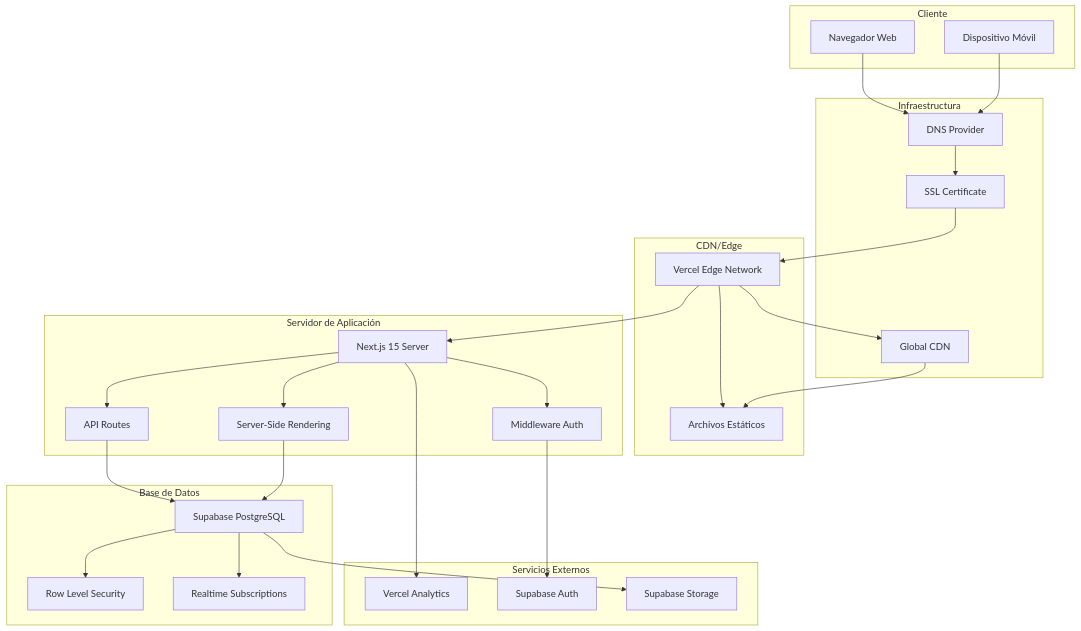
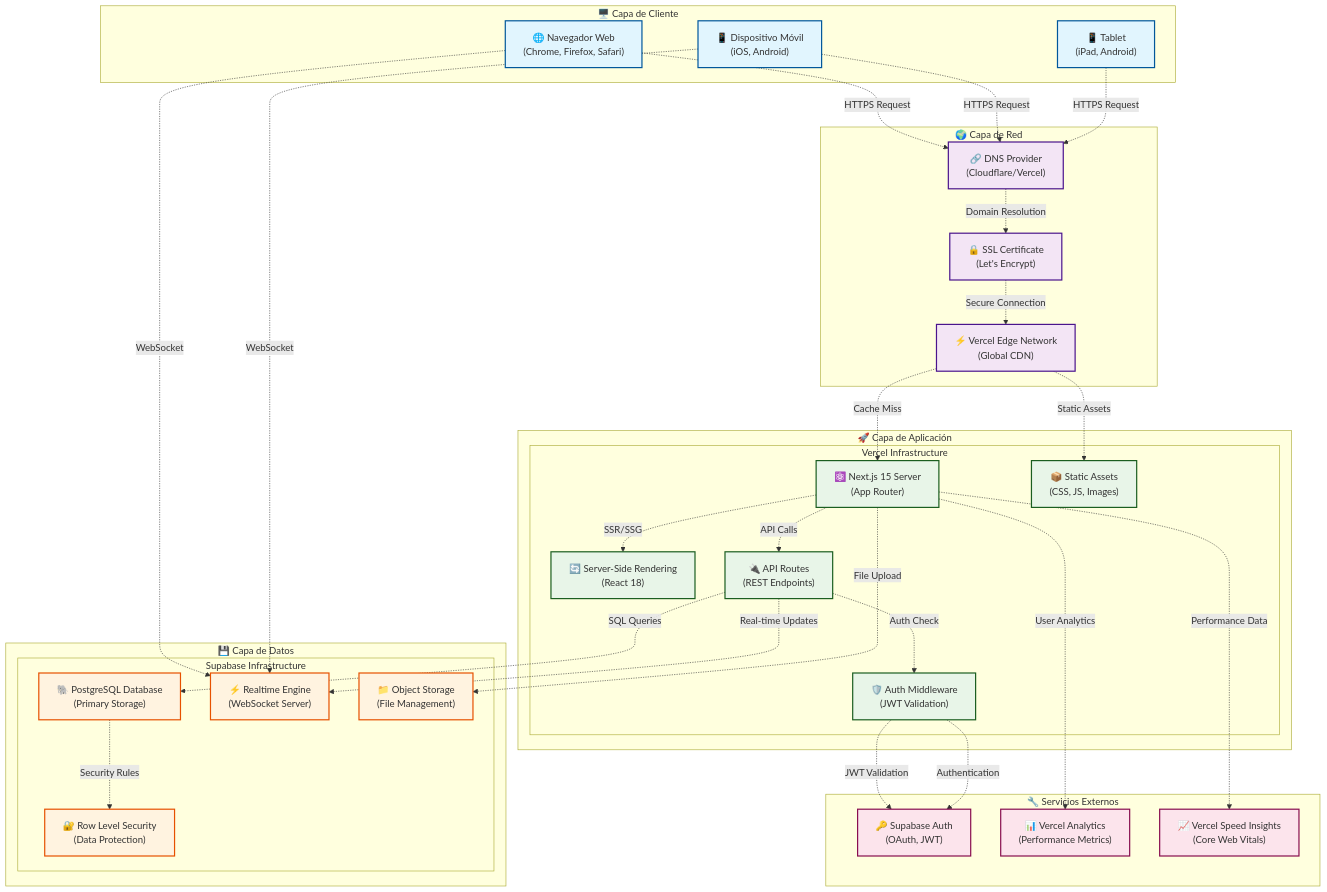
One commit to agustino42/asociacion-karate changed the eighth of 8 diagrams in DIAGRAMAS_UML.md. Above: the diagram before and after it, drawn with Mermaid. The commit also changed other lines of this file, not shown here.

Commit message:
documentacion diagramas uml

````diff
--- a/DIAGRAMAS_UML.md
+++ b/DIAGRAMAS_UML.md
@@ -189,61 +562,89 @@
 ```mermaid
 flowchart TB
-    subgraph Cliente["Cliente"]
-        Browser[Navegador Web]
-        Mobile[Dispositivo Móvil]
+    %% Capa de Cliente
+    subgraph ClientLayer["🖥️ Capa de Cliente"]
+        Browser["🌐 Navegador Web<br/>(Chrome, Firefox, Safari)"]
+        Mobile["📱 Dispositivo Móvil<br/>(iOS, Android)"]
+        Tablet["📱 Tablet<br/>(iPad, Android)"]
     end
     
-    subgraph CDN["CDN/Edge"]
-        Vercel[Vercel Edge Network]
-        Static[Archivos Estáticos]
+    %% Capa de Red/CDN
+    subgraph NetworkLayer["🌍 Capa de Red"]
+        DNS["🔗 DNS Provider<br/>(Cloudflare/Vercel)"]
+        SSL["🔒 SSL Certificate<br/>(Let's Encrypt)"]
+        CDN["⚡ Vercel Edge Network<br/>(Global CDN)"]
     end
     
-    subgraph Servidor["Servidor de Aplicación"]
-        NextJS[Next.js 15 Server]
-        SSR[Server-Side Rendering]
-        API[API Routes]
-        Middleware[Middleware Auth]
+    %% Capa de Aplicación
+    subgraph AppLayer["🚀 Capa de Aplicación"]
+        subgraph VercelInfra["Vercel Infrastructure"]
+            NextJS["⚛️ Next.js 15 Server<br/>(App Router)"]
+            SSR["🔄 Server-Side Rendering<br/>(React 18)"]
+            API["🔌 API Routes<br/>(REST Endpoints)"]
+            Middleware["🛡️ Auth Middleware<br/>(JWT Validation)"]
+            Static["📦 Static Assets<br/>(CSS, JS, Images)"]
+        end
     end
     
-    subgraph BaseDatos["Base de Datos"]
-        Supabase[Supabase PostgreSQL]
-        RLS[Row Level Security]
-        Realtime[Realtime Subscriptions]
+    %% Capa de Datos
+    subgraph DataLayer["💾 Capa de Datos"]
+        subgraph SupabaseInfra["Supabase Infrastructure"]
+            PostgreSQL["🐘 PostgreSQL Database<br/>(Primary Storage)"]
+            RLS["🔐 Row Level Security<br/>(Data Protection)"]
+            Realtime["⚡ Realtime Engine<br/>(WebSocket Server)"]
+            Storage["📁 Object Storage<br/>(File Management)"]
+        end
     end
     
-    subgraph Servicios["Servicios Externos"]
-        Analytics[Vercel Analytics]
-        Auth[Supabase Auth]
-        Storage[Supabase Storage]
+    %% Servicios Externos
+    subgraph ExternalServices["🔧 Servicios Externos"]
+        Auth["🔑 Supabase Auth<br/>(OAuth, JWT)"]
+        Analytics["📊 Vercel Analytics<br/>(Performance Metrics)"]
+        Monitoring["📈 Vercel Speed Insights<br/>(Core Web Vitals)"]
     end
     
-    subgraph Infraestructura["Infraestructura"]
-        DNS[DNS Provider]
-        SSL[SSL Certificate]
-        CDN_Global[Global CDN]
-    end
+    %% Conexiones Cliente -> Red
+    Browser -.->|HTTPS Request| DNS
+    Mobile -.->|HTTPS Request| DNS
+    Tablet -.->|HTTPS Request| DNS
     
-    Browser --> DNS
-    Mobile --> DNS
-    DNS --> SSL
-    SSL --> Vercel
+    %% Conexiones Red -> Aplicación
+    DNS -.->|Domain Resolution| SSL
+    SSL -.->|Secure Connection| CDN
+    CDN -.->|Cache Miss| NextJS
+    CDN -.->|Static Assets| Static
     
-    Vercel --> Static
-    Vercel --> NextJS
+    %% Conexiones Aplicación Interna
+    NextJS -.->|SSR/SSG| SSR
+    NextJS -.->|API Calls| API
+    API -.->|Auth Check| Middleware
+    Middleware -.->|JWT Validation| Auth
     
-    NextJS --> SSR
-    NextJS --> API
-    NextJS --> Middleware
+    %% Conexiones Aplicación -> Datos
+    API -.->|SQL Queries| PostgreSQL
+    API -.->|Real-time Updates| Realtime
+    NextJS -.->|File Upload| Storage
+    PostgreSQL -.->|Security Rules| RLS
     
-    API --> Supabase
-    Middleware --> Auth
-    SSR --> Supabase
-    Supabase --> RLS
-    Supabase --> Realtime
+    %% Conexiones Servicios Externos
+    NextJS -.->|User Analytics| Analytics
+    NextJS -.->|Performance Data| Monitoring
+    Middleware -.->|Authentication| Auth
     
-    NextJS --> Analytics
-    Supabase --> Storage
+    %% WebSocket para tiempo real
+    Browser -.->|WebSocket| Realtime
+    Mobile -.->|WebSocket| Realtime
     
-    Vercel --> CDN_Global
-    CDN_Global --> Static
+    %% Estilos
+    classDef clientStyle fill:#e1f5fe,stroke:#01579b,stroke-width:2px
+    classDef networkStyle fill:#f3e5f5,stroke:#4a148c,stroke-width:2px
+    classDef appStyle fill:#e8f5e8,stroke:#1b5e20,stroke-width:2px
+    classDef dataStyle fill:#fff3e0,stroke:#e65100,stroke-width:2px
+    classDef serviceStyle fill:#fce4ec,stroke:#880e4f,stroke-width:2px
+    
+    class Browser,Mobile,Tablet clientStyle
+    class DNS,SSL,CDN networkStyle
+    class NextJS,SSR,API,Middleware,Static appStyle
+    class PostgreSQL,RLS,Realtime,Storage dataStyle
+    class Auth,Analytics,Monitoring serviceStyle
 ```
````
